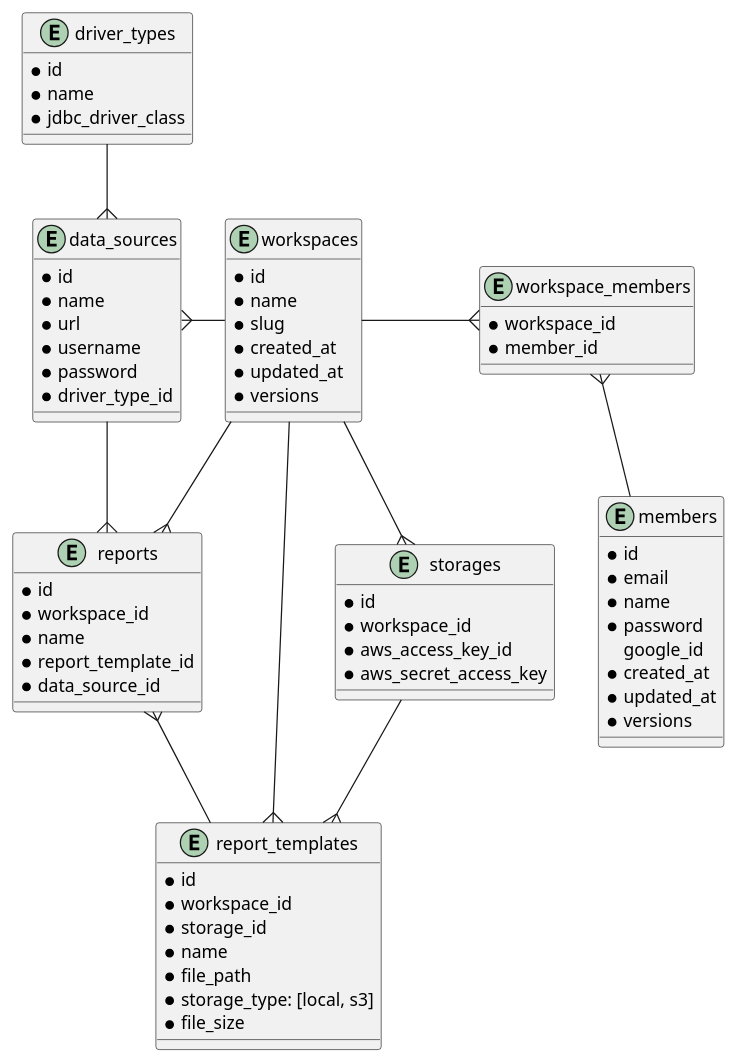
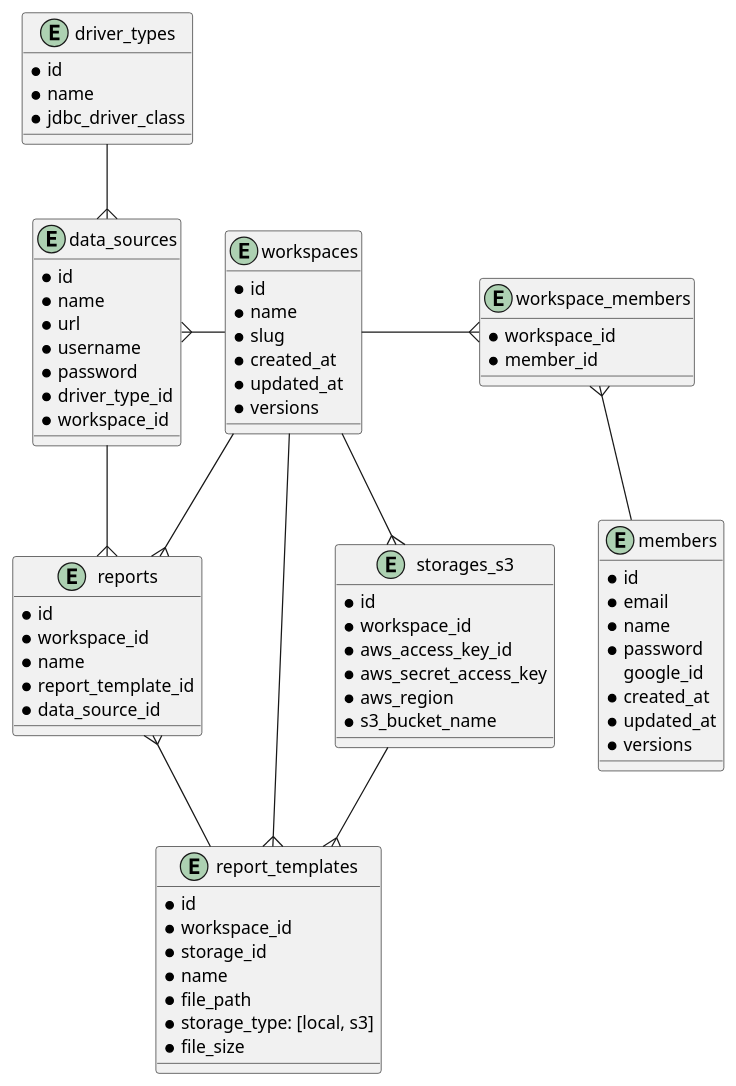
The diagram in docs/db/diagram.puml (ijufumi/openreports-api), drawn with PlantUML before and after one commit. The commit also changed 8 other files, not shown here.

```diff
--- a/docs/db/diagram.puml
+++ b/docs/db/diagram.puml
@@ -1,79 +1,82 @@
 @startuml
 
 entity members {
   * id
   * email
   * name
   * password
     google_id
   * created_at
   * updated_at
   * versions
 }
 
 entity workspaces {
   * id
   * name
   * slug
   * created_at
   * updated_at
   * versions
 }
 
 entity workspace_members {
   * workspace_id
   * member_id
 }
 
 entity data_sources {
   * id
   * name
   * url
   * username
   * password
   * driver_type_id
+  * workspace_id
 }
 
 entity driver_types {
   * id
   * name
   * jdbc_driver_class
 }
 
 entity reports {
   * id
   * workspace_id
   * name
   * report_template_id
   * data_source_id
 }
 
 entity report_templates {
   * id
   * workspace_id
   * storage_id
   * name
   * file_path
   * storage_type: [local, s3]
   * file_size
 }
 
-entity storages {
+entity storages_s3 {
   * id
   * workspace_id
   * aws_access_key_id
   * aws_secret_access_key
+  * aws_region
+  * s3_bucket_name
 }
 
 workspaces --r{ workspace_members
 workspace_members }-- members
 workspaces --l{ data_sources
 workspaces --{ reports
 workspaces --{ report_templates
 reports }-- report_templates
 driver_types --{ data_sources
 data_sources --{ reports
-workspaces --{ storages
-storages --{ report_templates
+workspaces --{ storages_s3
+storages_s3 --{ report_templates
 
 @enduml
```
